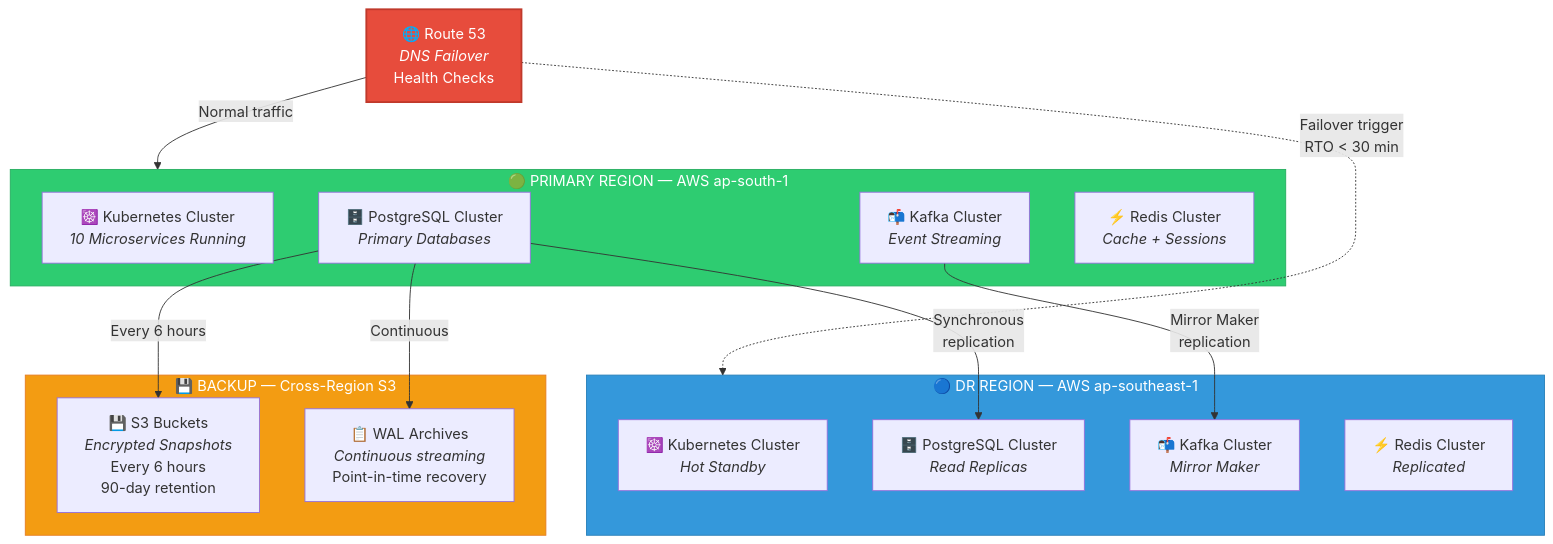
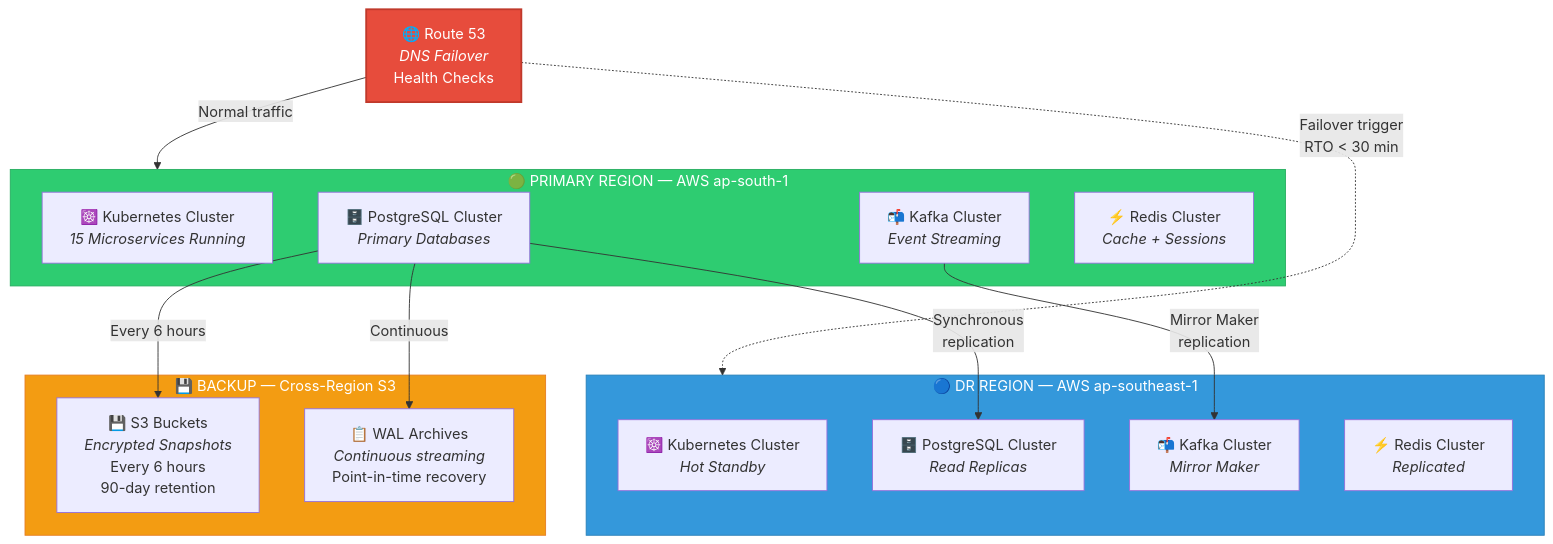
One commit to sandaruns2004/Duthon_6.0_BigBug changed the sixth of 9 diagrams in Docs/system_architecture.md. Above: the diagram before and after it, drawn with Mermaid. The commit also changed other lines of this file and 13 other files, not shown here.

````diff
--- a/Docs/system_architecture.md
+++ b/Docs/system_architecture.md
@@ -290,36 +364,36 @@
 ```mermaid
 graph TB
     subgraph PRIMARY["🟢 PRIMARY REGION — AWS ap-south-1"]
-        P_K8S["☸️ Kubernetes Cluster<br/><i>10 Microservices Running</i>"]
+        P_K8S["☸️ Kubernetes Cluster<br/><i>15 Microservices Running</i>"]
         P_DB["🗄️ PostgreSQL Cluster<br/><i>Primary Databases</i>"]
         P_KAFKA["📬 Kafka Cluster<br/><i>Event Streaming</i>"]
         P_REDIS["⚡ Redis Cluster<br/><i>Cache + Sessions</i>"]
     end
     
     subgraph DR["🔵 DR REGION — AWS ap-southeast-1"]
         DR_K8S["☸️ Kubernetes Cluster<br/><i>Hot Standby</i>"]
         DR_DB["🗄️ PostgreSQL Cluster<br/><i>Read Replicas</i>"]
         DR_KAFKA["📬 Kafka Cluster<br/><i>Mirror Maker</i>"]
         DR_REDIS["⚡ Redis Cluster<br/><i>Replicated</i>"]
     end
     
     subgraph BACKUP["💾 BACKUP — Cross-Region S3"]
         S3["💾 S3 Buckets<br/><i>Encrypted Snapshots</i><br/>Every 6 hours<br/>90-day retention"]
         WAL_ARCH["📋 WAL Archives<br/><i>Continuous streaming</i><br/>Point-in-time recovery"]
     end
     
     R53["🌐 Route 53<br/><i>DNS Failover</i><br/>Health Checks"]
     
     R53 -->|"Normal traffic"| PRIMARY
-    R53 -..->|"Failover trigger<br/>RTO < 30 min"| DR
+    R53 -.->|"Failover trigger<br/>RTO < 30 min"| DR
     
     P_DB -->|"Synchronous<br/>replication"| DR_DB
     P_KAFKA -->|"Mirror Maker<br/>replication"| DR_KAFKA
     P_DB -->|"Every 6 hours"| S3
     P_DB -->|"Continuous"| WAL_ARCH
     
     style PRIMARY fill:#2ecc71,stroke:#27ae60,color:#fff
     style DR fill:#3498db,stroke:#2980b9,color:#fff
     style BACKUP fill:#f39c12,stroke:#e67e22,color:#fff
     style R53 fill:#e74c3c,stroke:#c0392b,color:#fff,stroke-width:2px
 ```
````
